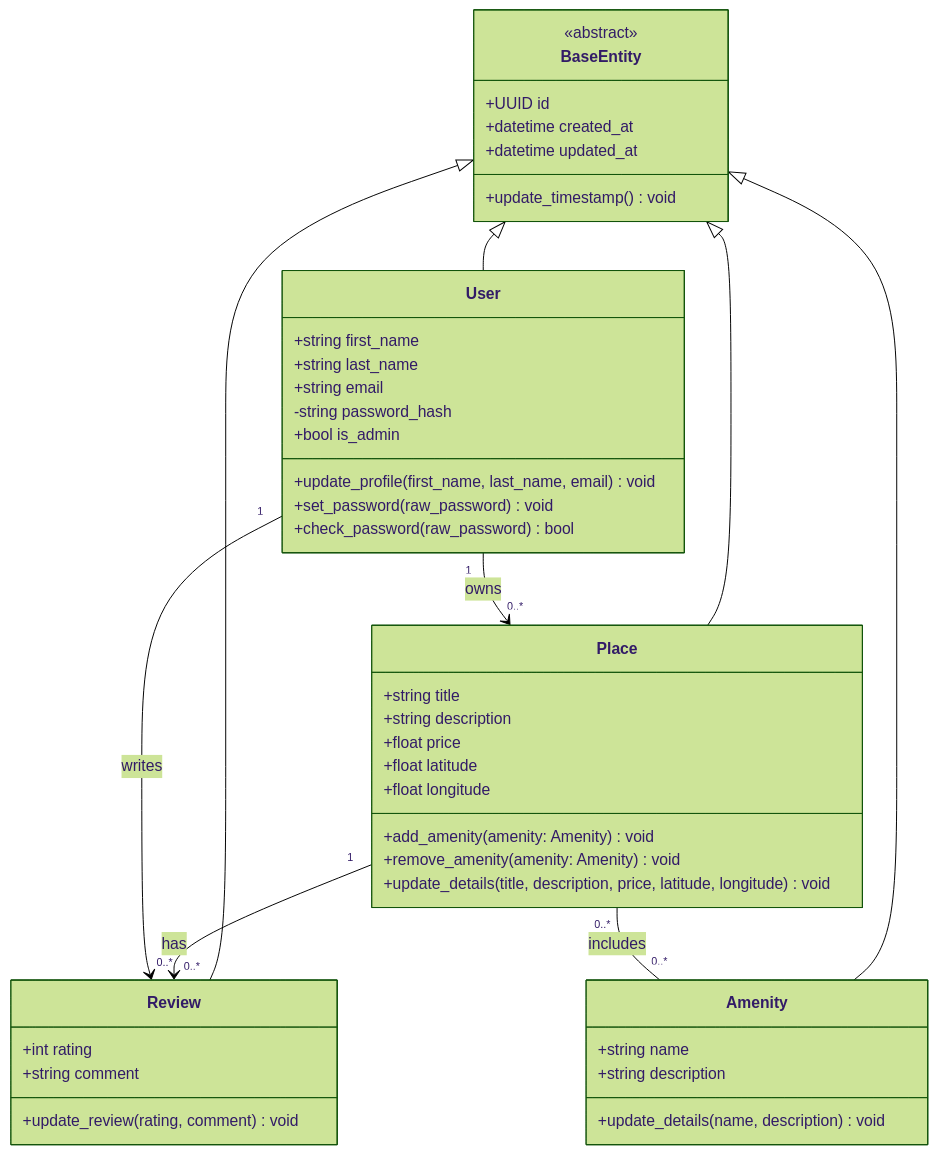
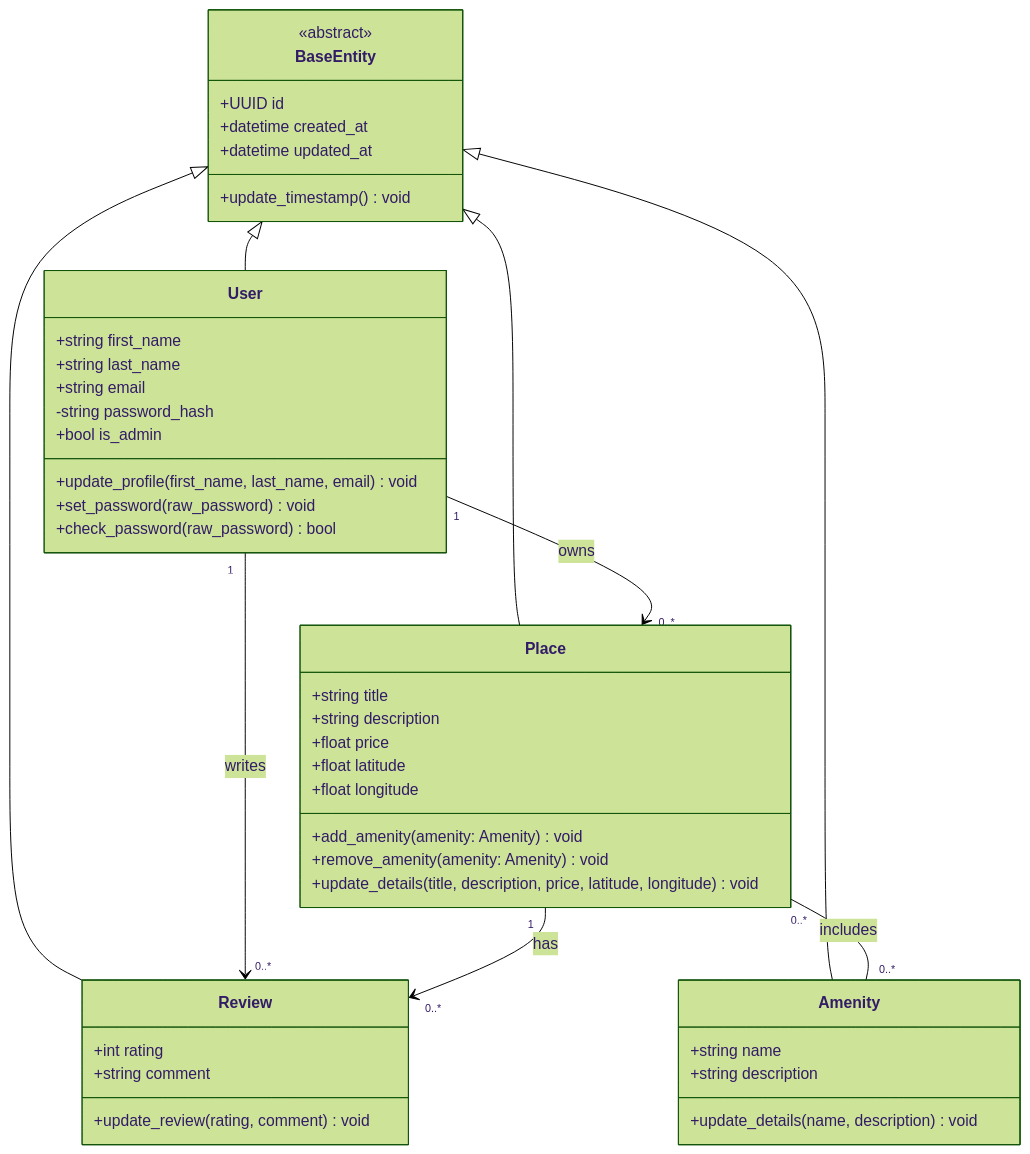
One commit to Aythann/holbertonschool-hbnb changed the diagram in part1/02_class_diagram.mmd. Above: the diagram before and after it, drawn with Mermaid (forest theme).

```diff
--- a/part1/02_class_diagram.mmd
+++ b/part1/02_class_diagram.mmd
@@ -1,56 +1,54 @@
 classDiagram
 
 class BaseEntity {
   <<abstract>>
   +UUID id
   +datetime created_at
   +datetime updated_at
   +update_timestamp() void
 }
 
 class User {
   +string first_name
   +string last_name
   +string email
   -string password_hash
   +bool is_admin
   +update_profile(first_name, last_name, email) void
   +set_password(raw_password) void
   +check_password(raw_password) bool
 }
 
 class Place {
   +string title
   +string description
   +float price
   +float latitude
   +float longitude
   +add_amenity(amenity: Amenity) void
   +remove_amenity(amenity: Amenity) void
   +update_details(title, description, price, latitude, longitude) void
 }
 
 class Review {
   +int rating
   +string comment
   +update_review(rating, comment) void
 }
 
 class Amenity {
   +string name
   +string description
   +update_details(name, description) void
 }
 
 BaseEntity <|-- User
 BaseEntity <|-- Place
 BaseEntity <|-- Review
 BaseEntity <|-- Amenity
 
-%% Relationships
 User "1" --> "0..*" Place : owns
+User "1" --> "0..*" Review : writes
 Place "1" --> "0..*" Review : has
-User "1" --> "0..*" Review : writes
 
-%% Many-to-many between Place and Amenity
 Place "0..*" -- "0..*" Amenity : includes
```
